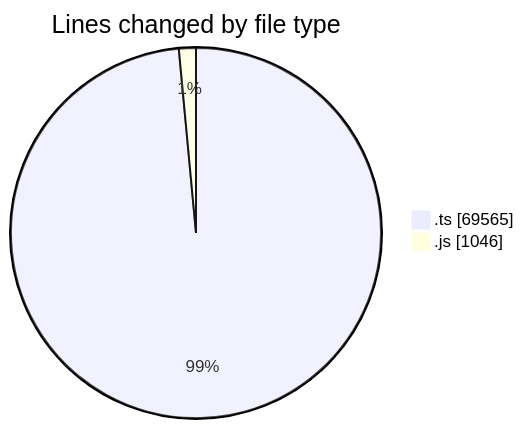
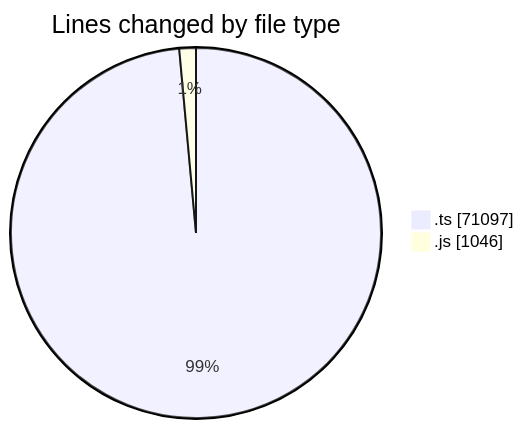
Before and after one commit to momahboobian/code-tracking: the first of 2 diagrams in 2025-09-29/cda/README.md, drawn with Mermaid. The commit also changed other lines of this file and 1 other file, not shown here.

````diff
--- a/2025-09-29/cda/README.md
+++ b/2025-09-29/cda/README.md
@@ -29,6 +29,6 @@
 ```mermaid
 pie showData
 title Lines changed by file type
-".ts" : 69565
+".ts" : 71097
 ".js" : 1046
 ```
````
